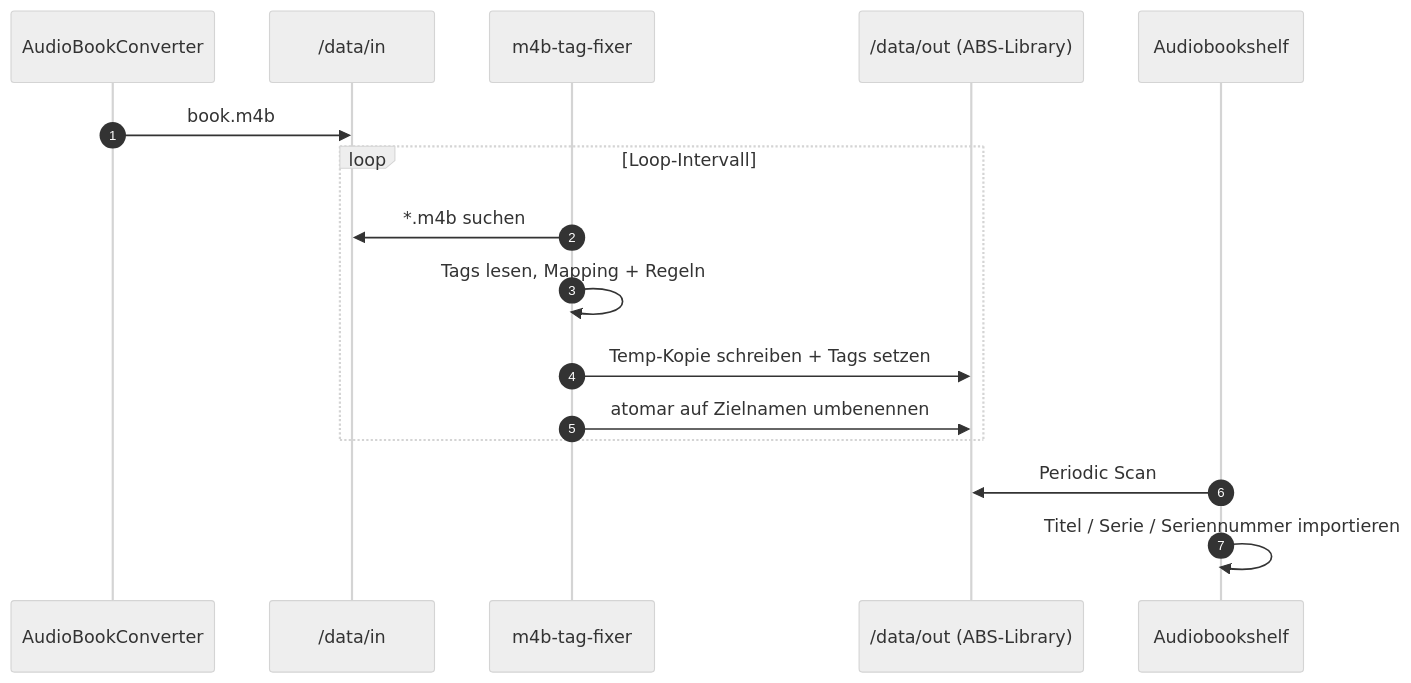
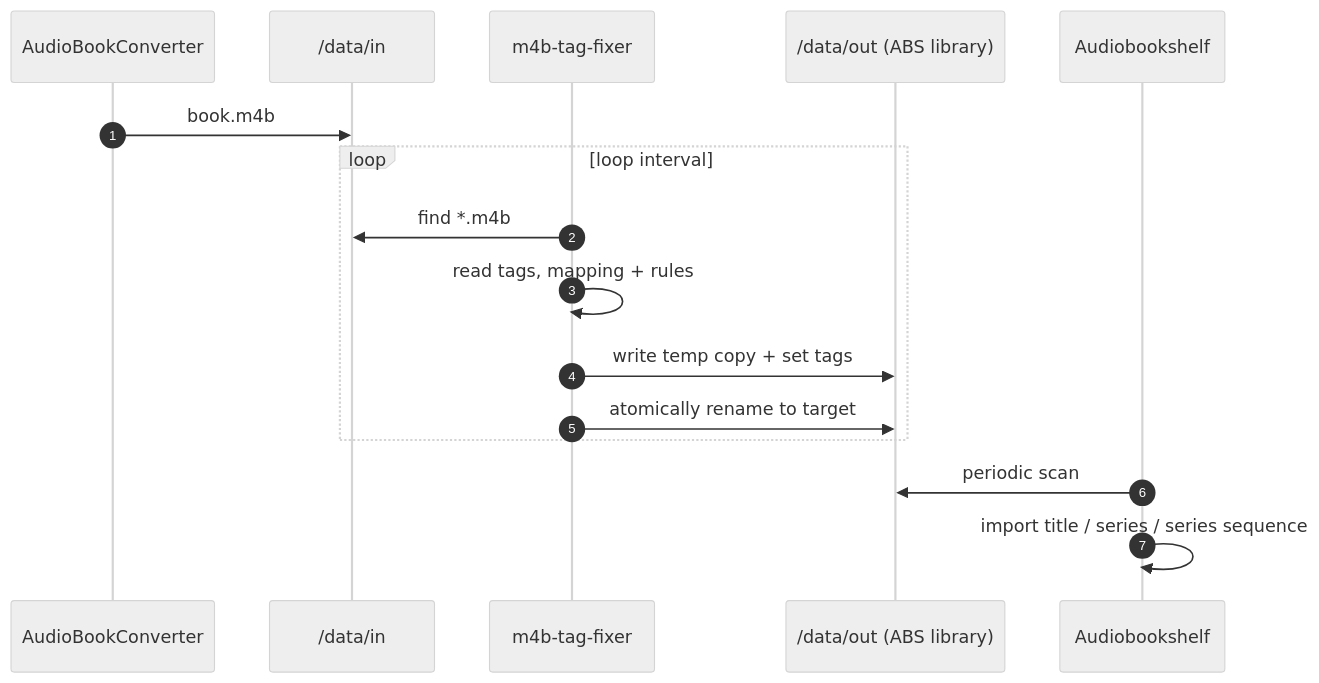
One commit to yasuoiwakura/audiobook-tag-rewriter changed the second of 2 diagrams in doc/ARCHITECTURE.md. Above: the diagram before and after it, drawn with Mermaid (neutral theme). The commit also changed other lines of this file and 16 other files, not shown here.

````diff
--- a/doc/ARCHITECTURE.md
+++ b/doc/ARCHITECTURE.md
@@ -54,19 +54,19 @@
 ```mermaid
 sequenceDiagram
     autonumber
     participant ABC as AudioBookConverter
     participant IN as /data/in
     participant FIX as m4b-tag-fixer
-    participant OUT as /data/out (ABS-Library)
+    participant OUT as /data/out (ABS library)
     participant ABS as Audiobookshelf
 
     ABC->>IN: book.m4b
-    loop Loop-Intervall
-        FIX->>IN: *.m4b suchen
-        FIX->>FIX: Tags lesen, Mapping + Regeln
-        FIX->>OUT: Temp-Kopie schreiben + Tags setzen
-        FIX->>OUT: atomar auf Zielnamen umbenennen
+    loop loop interval
+        FIX->>IN: find *.m4b
+        FIX->>FIX: read tags, mapping + rules
+        FIX->>OUT: write temp copy + set tags
+        FIX->>OUT: atomically rename to target
     end
-    ABS->>OUT: Periodic Scan
-    ABS->>ABS: Titel / Serie / Seriennummer importieren
+    ABS->>OUT: periodic scan
+    ABS->>ABS: import title / series / series sequence
 ```
````
